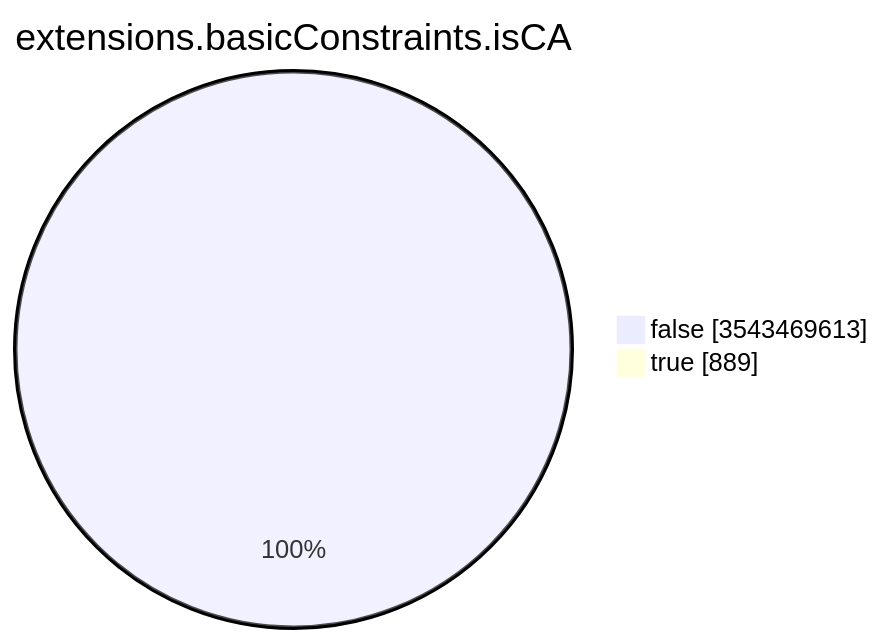
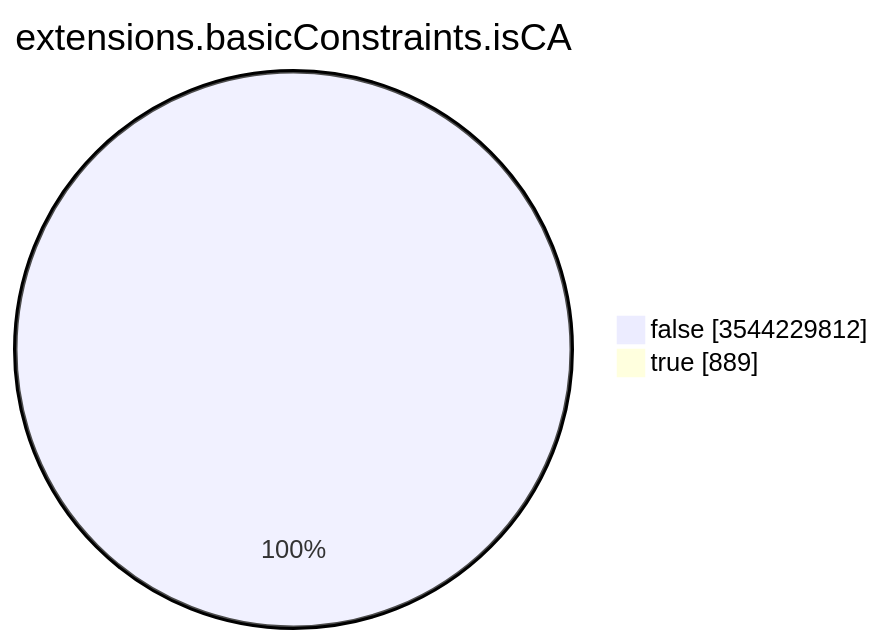
The seventh of 15 diagrams in TOTAL/README.md (christiankrug/ctmonitor_visualization), drawn with Mermaid before and after one commit. The commit also changed other lines of this file, not shown here.

````diff
--- a/TOTAL/README.md
+++ b/TOTAL/README.md
@@ -3094,6 +3094,6 @@
 ```mermaid
 pie showData
 title extensions.basicConstraints.isCA
-"false" :3543469613
+"false" :3544229812
 "true" :889
 ```
````
